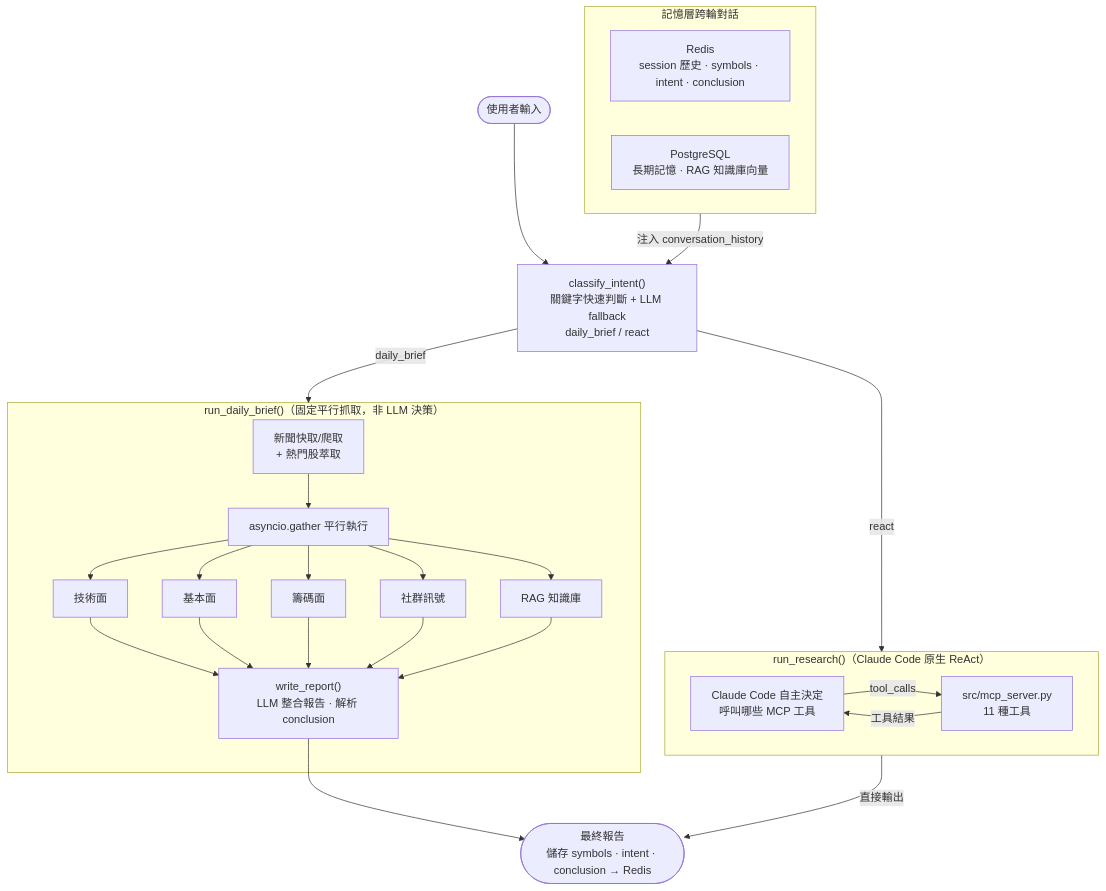
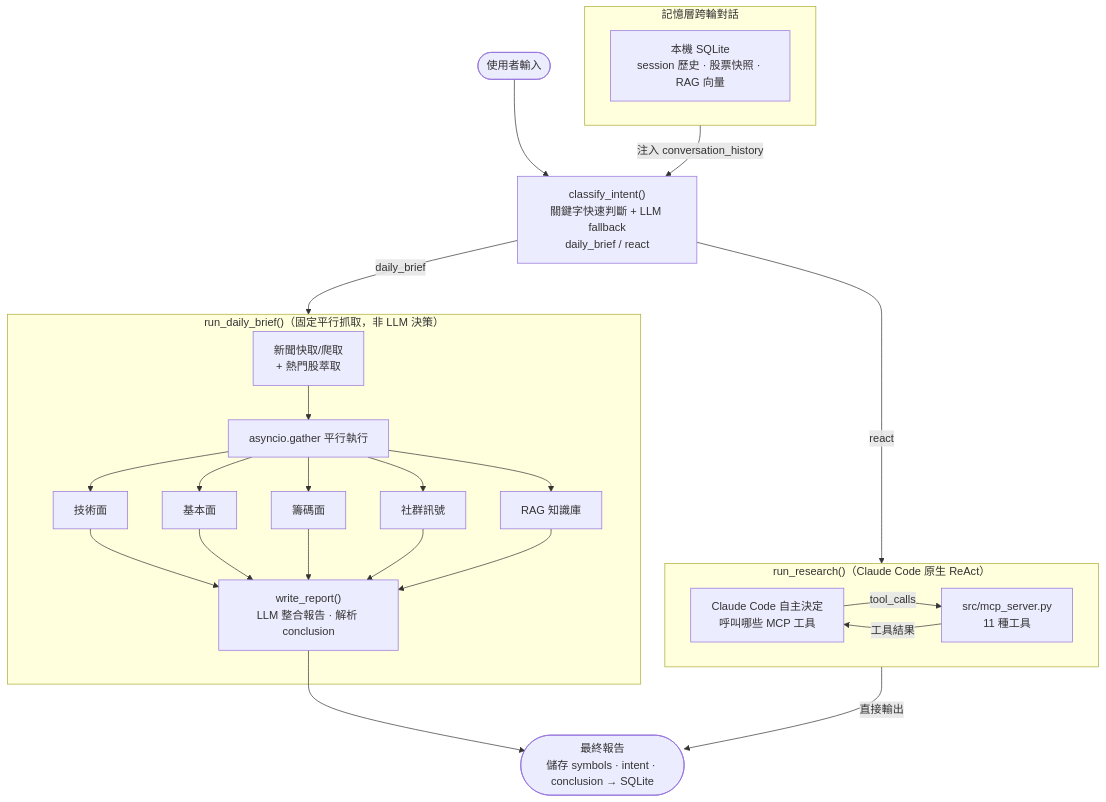
Before and after one commit to carterwu1120/market-agent: the diagram in README.md, drawn with Mermaid. The commit also changed other lines of this file and 24 other files, not shown here.

````diff
--- a/README.md
+++ b/README.md
@@ -31,30 +31,29 @@
 ```mermaid
 flowchart TD
     subgraph MEM["記憶層跨輪對話"]
-        REDIS["Redis\nsession 歷史 · symbols · intent · conclusion"]
-        PG["PostgreSQL\n長期記憶 · RAG 知識庫向量"]
+        SQLITE["本機 SQLite\nsession 歷史 · 股票快照 · RAG 向量"]
     end
 
     USER([使用者輸入]) --> CLS
 
     MEM -->|注入 conversation_history| CLS
 
     CLS["classify_intent()\n關鍵字快速判斷 + LLM fallback\ndaily_brief / react"]
 
     CLS -->|react| RA
     CLS -->|daily_brief| DB
 
     subgraph RA["run_research()（Claude Code 原生 ReAct）"]
         LLM_R["Claude Code 自主決定\n呼叫哪些 MCP 工具"] -->|tool_calls| MCP["src/mcp_server.py\n11 種工具"]
         MCP -->|工具結果| LLM_R
     end
 
     subgraph DB["run_daily_brief()（固定平行抓取，非 LLM 決策）"]
         NEWS["新聞快取/爬取\n+ 熱門股萃取"] --> FANOUT
         FANOUT["asyncio.gather 平行執行"] --> TA["技術面"] & FA["基本面"] & CA["籌碼面"] & SA["社群訊號"] & RAGA["RAG 知識庫"]
         TA & FA & CA & SA & RAGA --> SYN["write_report()\nLLM 整合報告 · 解析 conclusion"]
     end
 
-    RA -->|直接輸出| END([最終報告\n儲存 symbols · intent · conclusion → Redis])
+    RA -->|直接輸出| END([最終報告\n儲存 symbols · intent · conclusion → SQLite])
     SYN --> END
 ```
````
